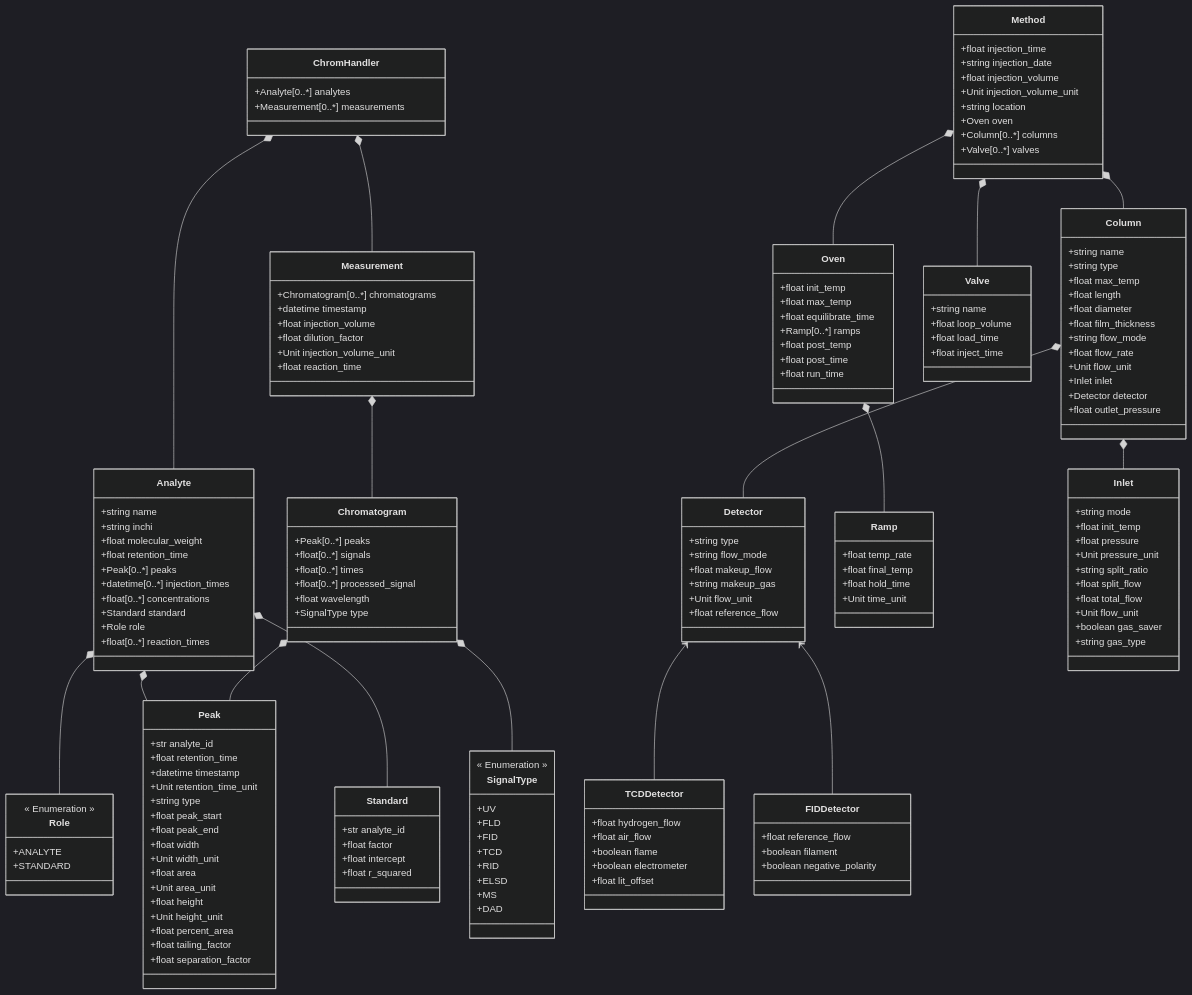
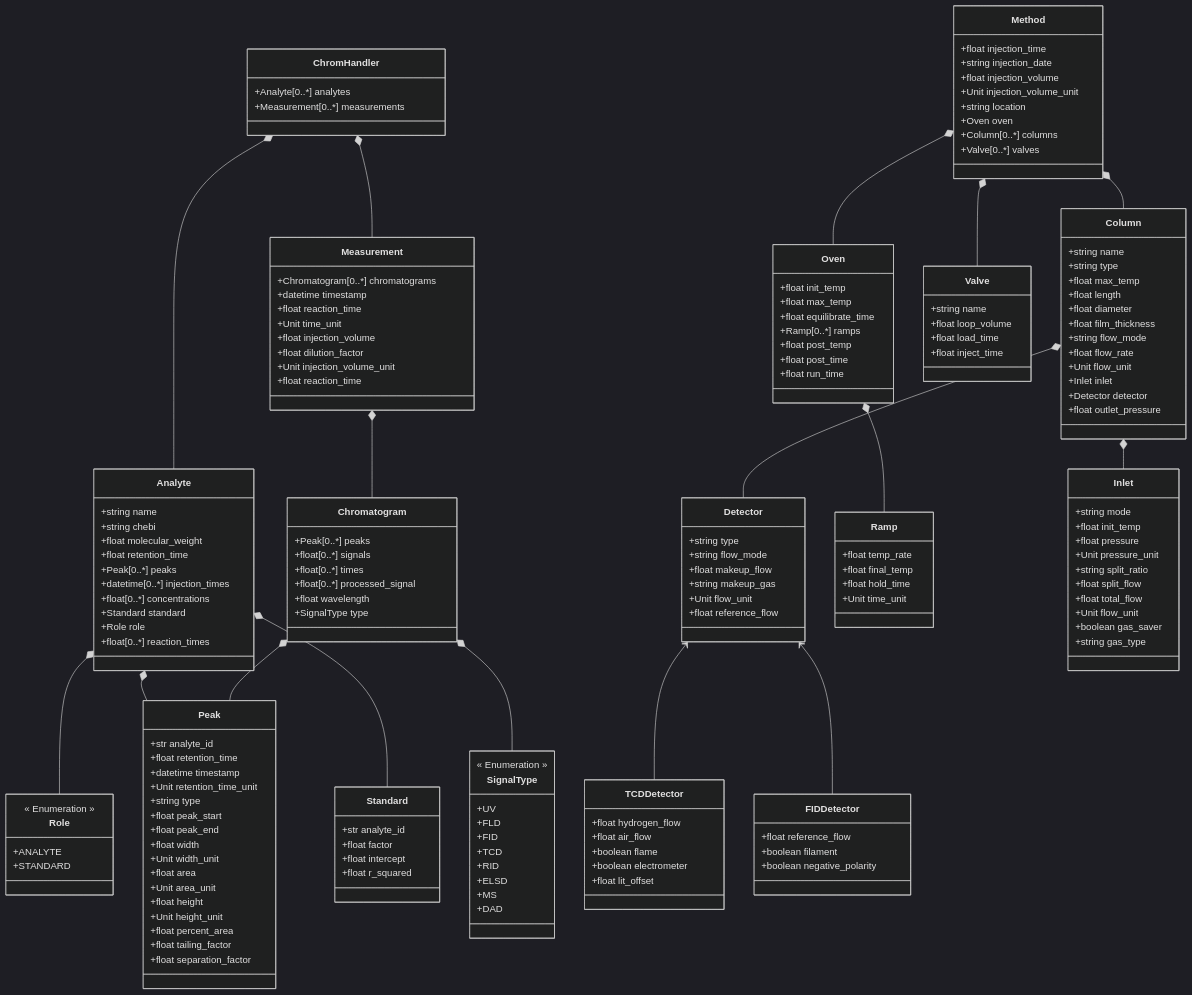
The diagram in chromatopy/schemes/chromatopy_schema.md (FAIRChemistry/chromatopy), drawn with Mermaid (dark theme) before and after one commit. The commit also changed 6 other files, not shown here.

```diff
--- a/chromatopy/schemes/chromatopy_schema.md
+++ b/chromatopy/schemes/chromatopy_schema.md
@@ -24,7 +24,7 @@
     
     class Analyte {
         +string name
-        +string inchi
+        +string chebi
         +float molecular_weight
         +float retention_time
         +Peak[0..*] peaks
@@ -38,6 +38,8 @@
     class Measurement {
         +Chromatogram[0..*] chromatograms
         +datetime timestamp
+        +float reaction_time
+        +Unit time_unit
         +float injection_volume
         +float dilution_factor
         +Unit injection_volume_unit
```
